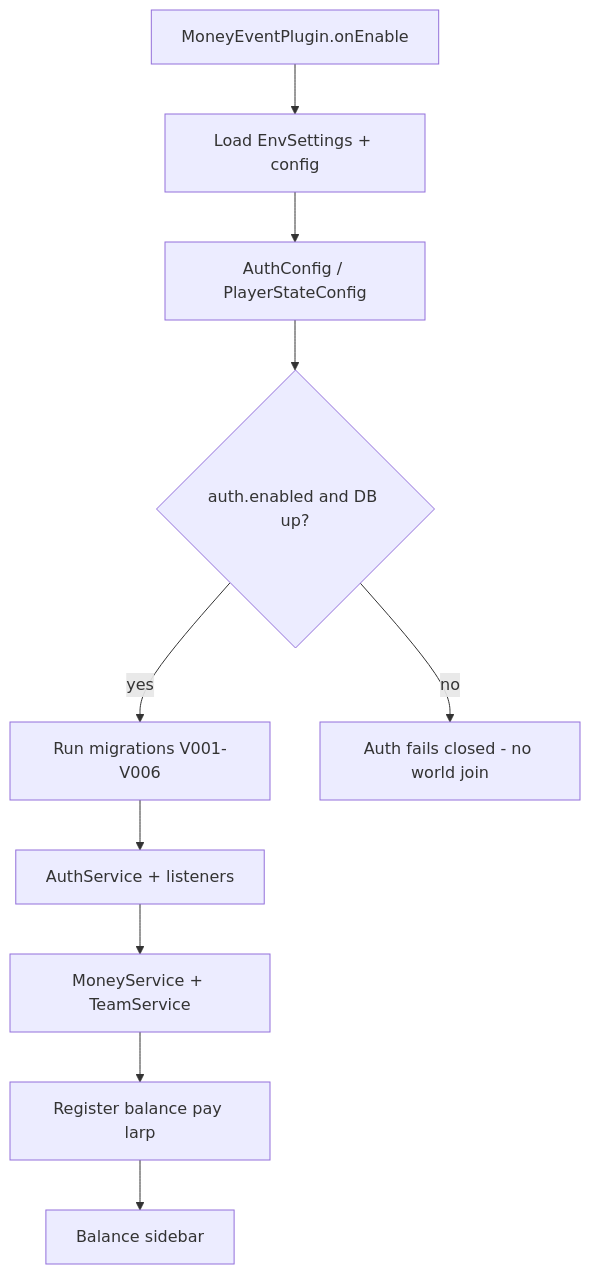
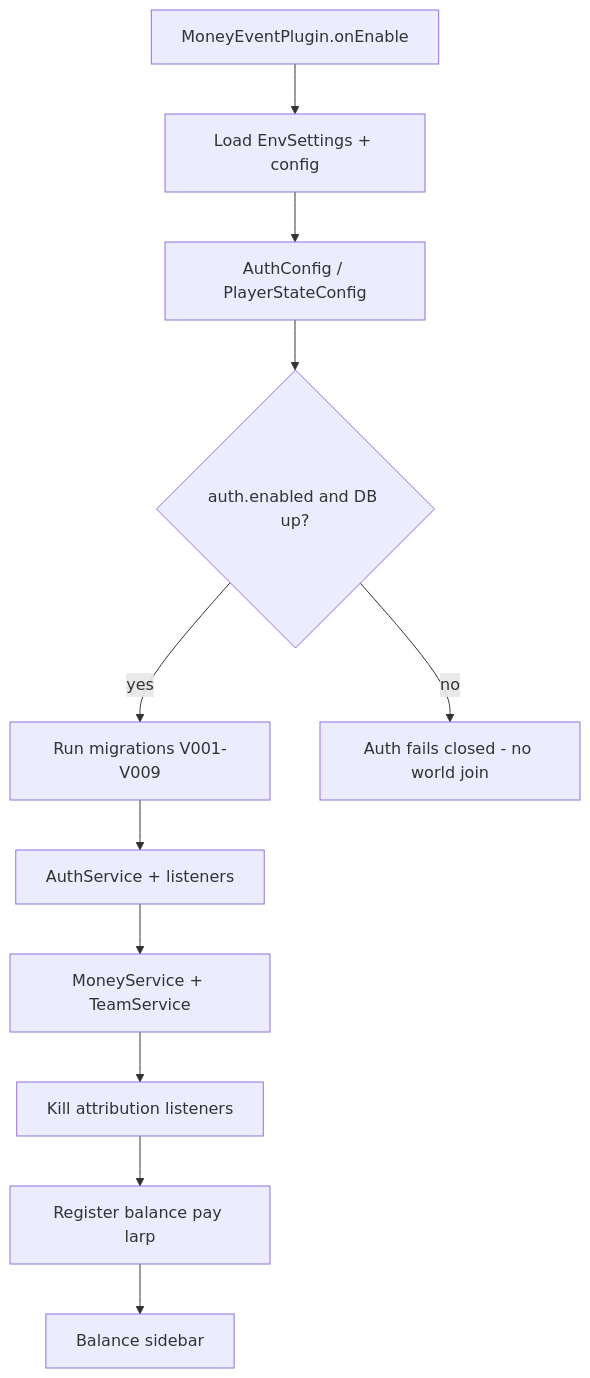
One commit to MyselfGoose/larpsmp changed the diagram in documentation/03-architecture/system-overview.md. Above: the diagram before and after it, drawn with Mermaid. The commit also changed other lines of this file and 29 other files, not shown here.

First line of the commit message:
Add kill attribution with 60s last-attacker settlement.

````diff
--- a/documentation/03-architecture/system-overview.md
+++ b/documentation/03-architecture/system-overview.md
@@ -41,17 +42,18 @@
 ```mermaid
 flowchart TD
   enable[MoneyEventPlugin.onEnable]
   env[Load EnvSettings + config]
   authCfg[AuthConfig / PlayerStateConfig]
   db{auth.enabled and DB up?}
-  migrate[Run migrations V001-V006]
+  migrate[Run migrations V001-V009]
   authSvc[AuthService + listeners]
   money[MoneyService + TeamService]
+  combat[Kill attribution listeners]
   cmds[Register balance pay larp]
   sidebar[Balance sidebar]
   fail[Auth fails closed - no world join]
 
   enable --> env --> authCfg --> db
-  db -->|yes| migrate --> authSvc --> money --> cmds --> sidebar
+  db -->|yes| migrate --> authSvc --> money --> combat --> cmds --> sidebar
   db -->|no| fail
 ```
````
